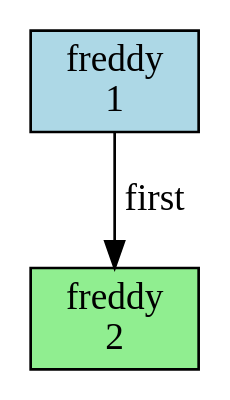
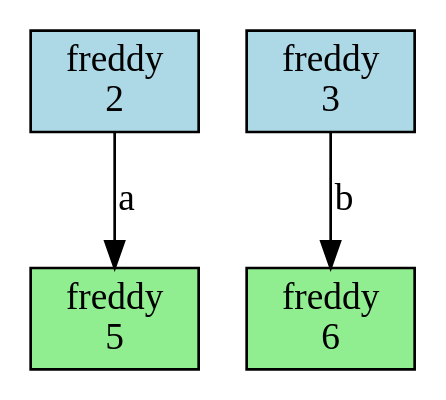
The diagram in src/syncspec/graph.dot (kimjarvis/syncspec), drawn with Graphviz before and after one commit. The commit also changed 9 other files, not shown here.

```diff
--- a/src/syncspec/graph.dot
+++ b/src/syncspec/graph.dot
@@ -1,5 +1,8 @@
 strict digraph {
-freddy_1 [key=first, directive_type=source, label="freddy\n1", shape=box, style=filled, fillcolor=lightblue];
-freddy_2 [key=first, directive_type=include, label="freddy\n2", shape=box, style=filled, fillcolor=lightgreen];
-freddy_1 -> freddy_2 [label=first];
+freddy_2 [key=a, directive_type=source, label="freddy\n2", shape=box, style=filled, fillcolor=lightblue];
+freddy_3 [key=b, directive_type=source, label="freddy\n3", shape=box, style=filled, fillcolor=lightblue];
+freddy_5 [key=a, directive_type=include, label="freddy\n5", shape=box, style=filled, fillcolor=lightgreen];
+freddy_6 [key=b, directive_type=include, label="freddy\n6", shape=box, style=filled, fillcolor=lightgreen];
+freddy_2 -> freddy_5 [label=a];
+freddy_3 -> freddy_6 [label=b];
 }
```
